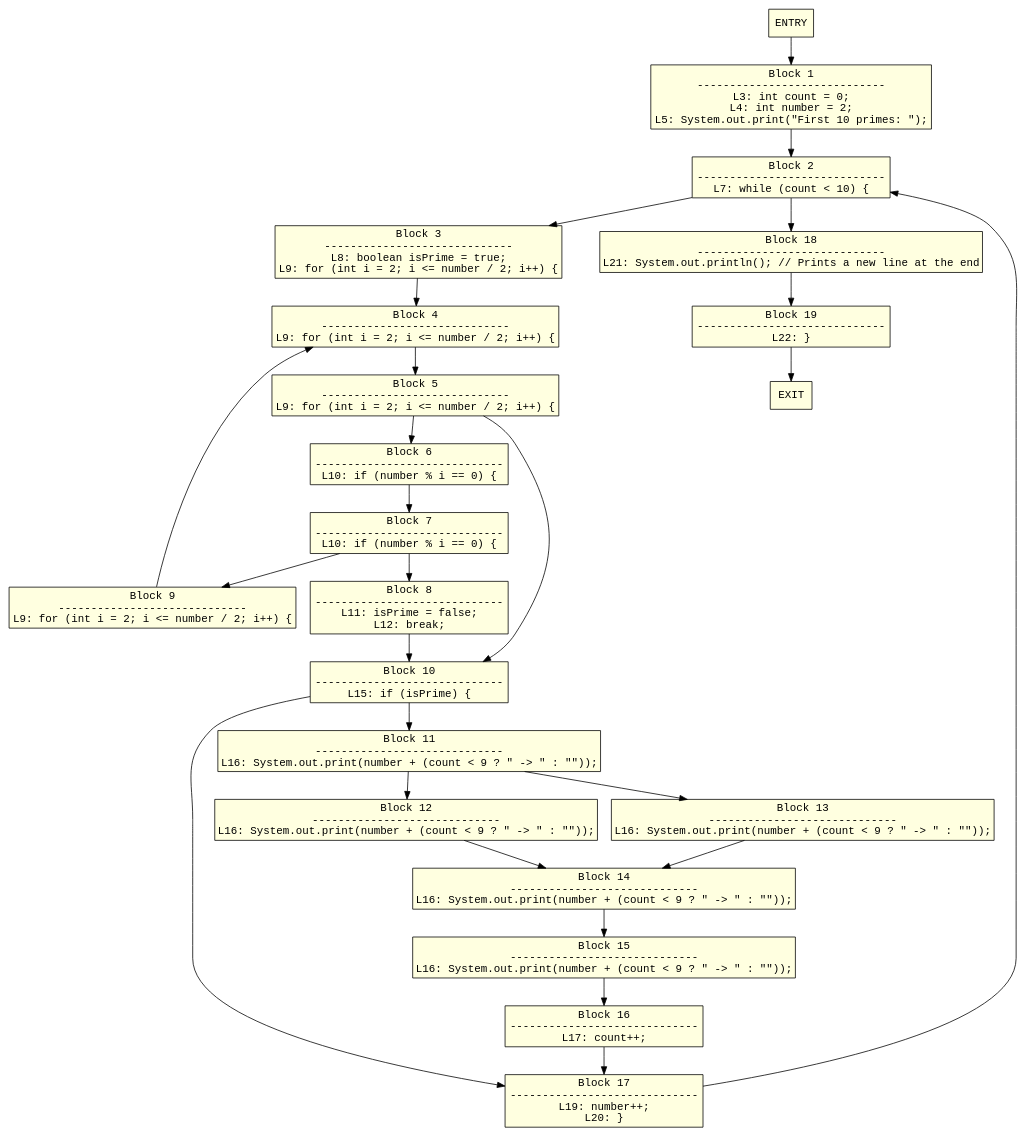
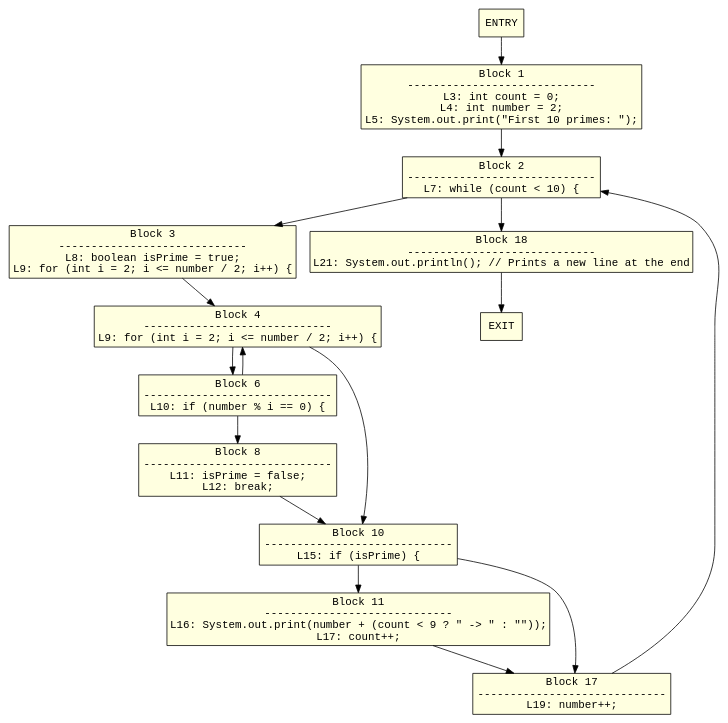
The diagram in phase_04/export/cfg_javacode_main.dot (punsnx/coop-internship-2026), drawn with Graphviz before and after one commit. The commit also changed 10 other files, not shown here.

```diff
--- a/phase_04/export/cfg_javacode_main.dot
+++ b/phase_04/export/cfg_javacode_main.dot
@@ -1,49 +1,30 @@
 digraph Mapped_JavaCode_CFG {
   node [shape=box, style=filled, fillcolor=lightyellow, fontname="Courier"];
   0 [label="ENTRY"];
   1 [label="Block 1\n-----------------------------\nL3: int count = 0;\nL4: int number = 2;\nL5: System.out.print(\"First 10 primes: \");"];
   2 [label="Block 2\n-----------------------------\nL7: while (count < 10) {"];
   3 [label="Block 3\n-----------------------------\nL8: boolean isPrime = true;\nL9: for (int i = 2; i <= number / 2; i++) {"];
   4 [label="Block 4\n-----------------------------\nL9: for (int i = 2; i <= number / 2; i++) {"];
-  5 [label="Block 5\n-----------------------------\nL9: for (int i = 2; i <= number / 2; i++) {"];
   6 [label="Block 6\n-----------------------------\nL10: if (number % i == 0) {"];
-  7 [label="Block 7\n-----------------------------\nL10: if (number % i == 0) {"];
   8 [label="Block 8\n-----------------------------\nL11: isPrime = false;\nL12: break;"];
-  9 [label="Block 9\n-----------------------------\nL9: for (int i = 2; i <= number / 2; i++) {"];
   10 [label="Block 10\n-----------------------------\nL15: if (isPrime) {"];
-  11 [label="Block 11\n-----------------------------\nL16: System.out.print(number + (count < 9 ? \" -> \" : \"\"));"];
-  12 [label="Block 12\n-----------------------------\nL16: System.out.print(number + (count < 9 ? \" -> \" : \"\"));"];
-  13 [label="Block 13\n-----------------------------\nL16: System.out.print(number + (count < 9 ? \" -> \" : \"\"));"];
-  14 [label="Block 14\n-----------------------------\nL16: System.out.print(number + (count < 9 ? \" -> \" : \"\"));"];
-  15 [label="Block 15\n-----------------------------\nL16: System.out.print(number + (count < 9 ? \" -> \" : \"\"));"];
-  16 [label="Block 16\n-----------------------------\nL17: count++;"];
-  17 [label="Block 17\n-----------------------------\nL19: number++;\nL20: }"];
+  11 [label="Block 11\n-----------------------------\nL16: System.out.print(number + (count < 9 ? \" -> \" : \"\"));\nL17: count++;"];
+  17 [label="Block 17\n-----------------------------\nL19: number++;"];
   18 [label="Block 18\n-----------------------------\nL21: System.out.println(); // Prints a new line at the end"];
-  19 [label="Block 19\n-----------------------------\nL22: }"];
   20 [label="EXIT"];
   0 -> 1;
   1 -> 2;
   2 -> 3;
   2 -> 18;
   3 -> 4;
-  4 -> 5;
-  5 -> 6;
-  5 -> 10;
-  6 -> 7;
-  7 -> 8;
-  7 -> 9;
+  4 -> 6;
+  4 -> 10;
+  6 -> 4;
+  6 -> 8;
   8 -> 10;
-  9 -> 4;
   10 -> 11;
   10 -> 17;
-  11 -> 12;
-  11 -> 13;
-  12 -> 14;
-  13 -> 14;
-  14 -> 15;
-  15 -> 16;
-  16 -> 17;
+  11 -> 17;
   17 -> 2;
-  18 -> 19;
-  19 -> 20;
+  18 -> 20;
 }
```
